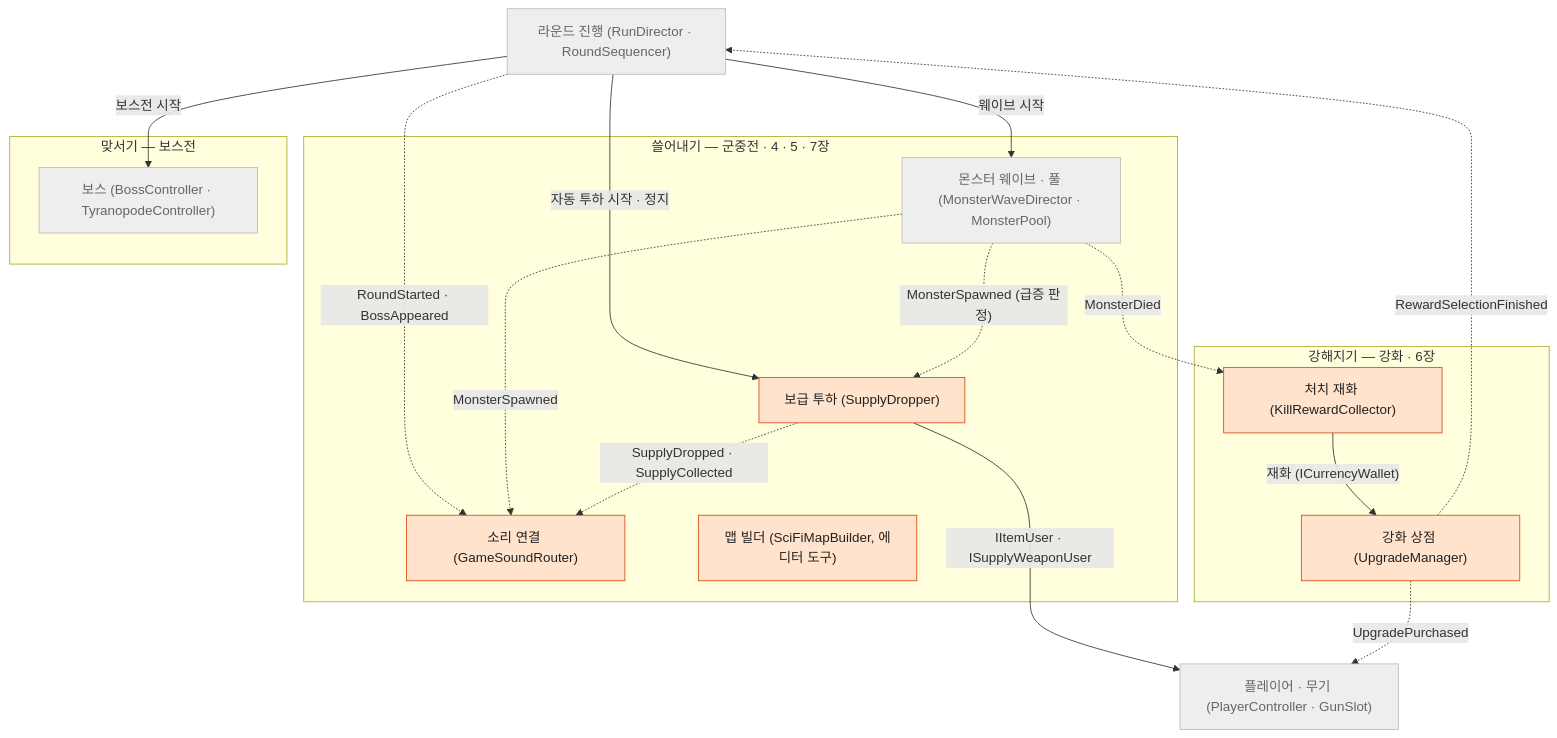
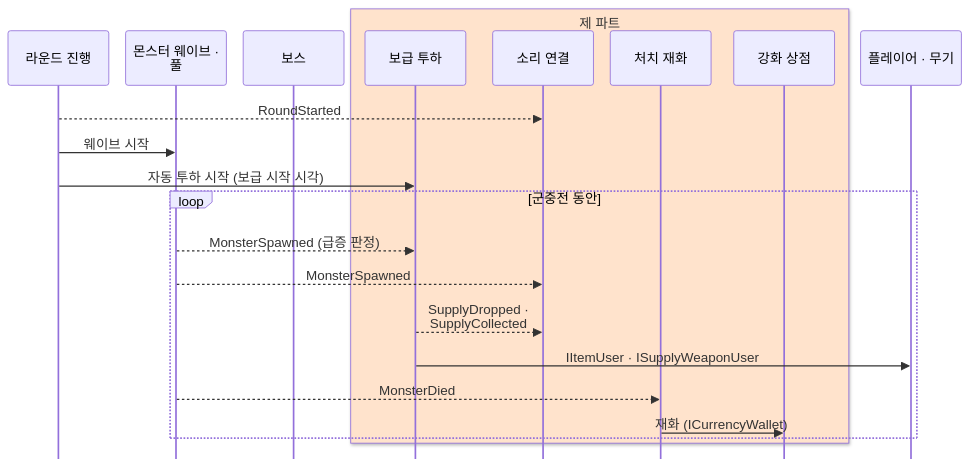
One commit to pinkshield/portfolio changed the first of 9 diagrams in src/4-team-even/기술문서.md. Above: the diagram before and after it, drawn with Mermaid. The commit also changed other lines of this file and 2 other files, not shown here.

Commit message:
HIVE PURGE 3-1: 구조 그림을 시퀀스 두 장(① 한 라운드 — 군중전 · ② 보스전 · 보상)으로 바꿈 · 예전 구조도와 11-24 근거는 숨김 주석, 11-27 순서 근거 행 번호 덧붙임 · 슬라이드 d-arch-map 나눠 d-arch-boss 추가(50장)

````diff
--- a/src/4-team-even/기술문서.md
+++ b/src/4-team-even/기술문서.md
@@ -121,36 +124,26 @@
 ```mermaid
-flowchart TB
-    RS["라운드 진행 (RunDirector · RoundSequencer)"]
-    subgraph S1["쓸어내기 — 군중전 · 4 · 5 · 7장"]
-        MW["몬스터 웨이브 · 풀 (MonsterWaveDirector · MonsterPool)"]
-        SD["보급 투하 (SupplyDropper)"]
-        GR["소리 연결 (GameSoundRouter)"]
-        MB["맵 빌더 (SciFiMapBuilder, 에디터 도구)"]
+%%{init: {"sequence": {"mirrorActors": false, "actorMargin": 20, "messageMargin": 22, "boxMargin": 6, "noteMargin": 6, "wrap": true, "width": 120}}}%%
+sequenceDiagram
+    participant RS as 라운드 진행
+    participant MW as 몬스터 웨이브 · 풀
+    participant BC as 보스
+    box rgb(255,227,204) 제 파트
+    participant SD as 보급 투하
+    participant GR as 소리 연결
+    participant KR as 처치 재화
+    participant UM as 강화 상점
     end
-    subgraph S2["맞서기 — 보스전"]
-        BC["보스 (BossController · TyranopodeController)"]
+    participant PC as 플레이어 · 무기
+
+    RS-->>GR: RoundStarted
+    RS->>MW: 웨이브 시작
+    RS->>SD: 자동 투하 시작 (보급 시작 시각)
+    loop 군중전 동안
+        MW-->>SD: MonsterSpawned (급증 판정)
+        MW-->>GR: MonsterSpawned
+        SD-->>GR: SupplyDropped · SupplyCollected
+        SD->>PC: IItemUser · ISupplyWeaponUser
+        MW-->>KR: MonsterDied
+        KR->>UM: 재화 (ICurrencyWallet)
     end
-    subgraph S3["강해지기 — 강화 · 6장"]
-        KR["처치 재화 (KillRewardCollector)"]
-        UM["강화 상점 (UpgradeManager)"]
-    end
-    PC["플레이어 · 무기 (PlayerController · GunSlot)"]
-
-    RS -->|"웨이브 시작"| MW
-    RS -->|"자동 투하 시작 · 정지"| SD
-    RS -->|"보스전 시작"| BC
-    RS -.->|"RoundStarted · BossAppeared"| GR
-    MW -.->|"MonsterSpawned"| GR
-    MW -.->|"MonsterSpawned (급증 판정)"| SD
-    MW -.->|"MonsterDied"| KR
-    SD -.->|"SupplyDropped · SupplyCollected"| GR
-    SD -->|"IItemUser · ISupplyWeaponUser"| PC
-    KR -->|"재화 (ICurrencyWallet)"| UM
-    UM -.->|"UpgradePurchased"| PC
-    UM -.->|"RewardSelectionFinished"| RS
-
-    classDef mine fill:#ffe3cc,stroke:#d9480f,color:#222
-    classDef other fill:#eee,stroke:#bbb,color:#666
-    class SD,GR,MB,KR,UM mine
-    class RS,MW,BC,PC other
 ```
````
